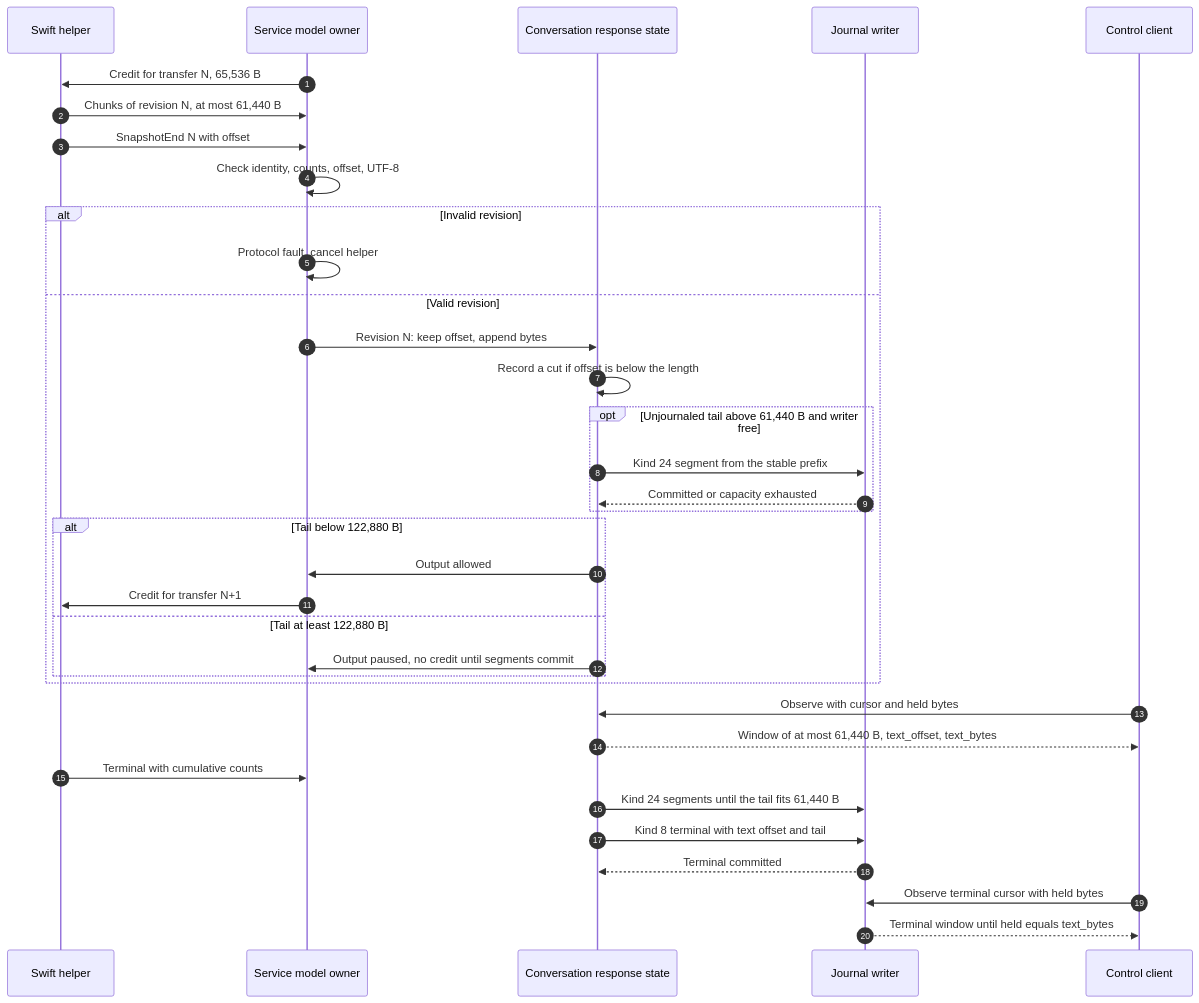
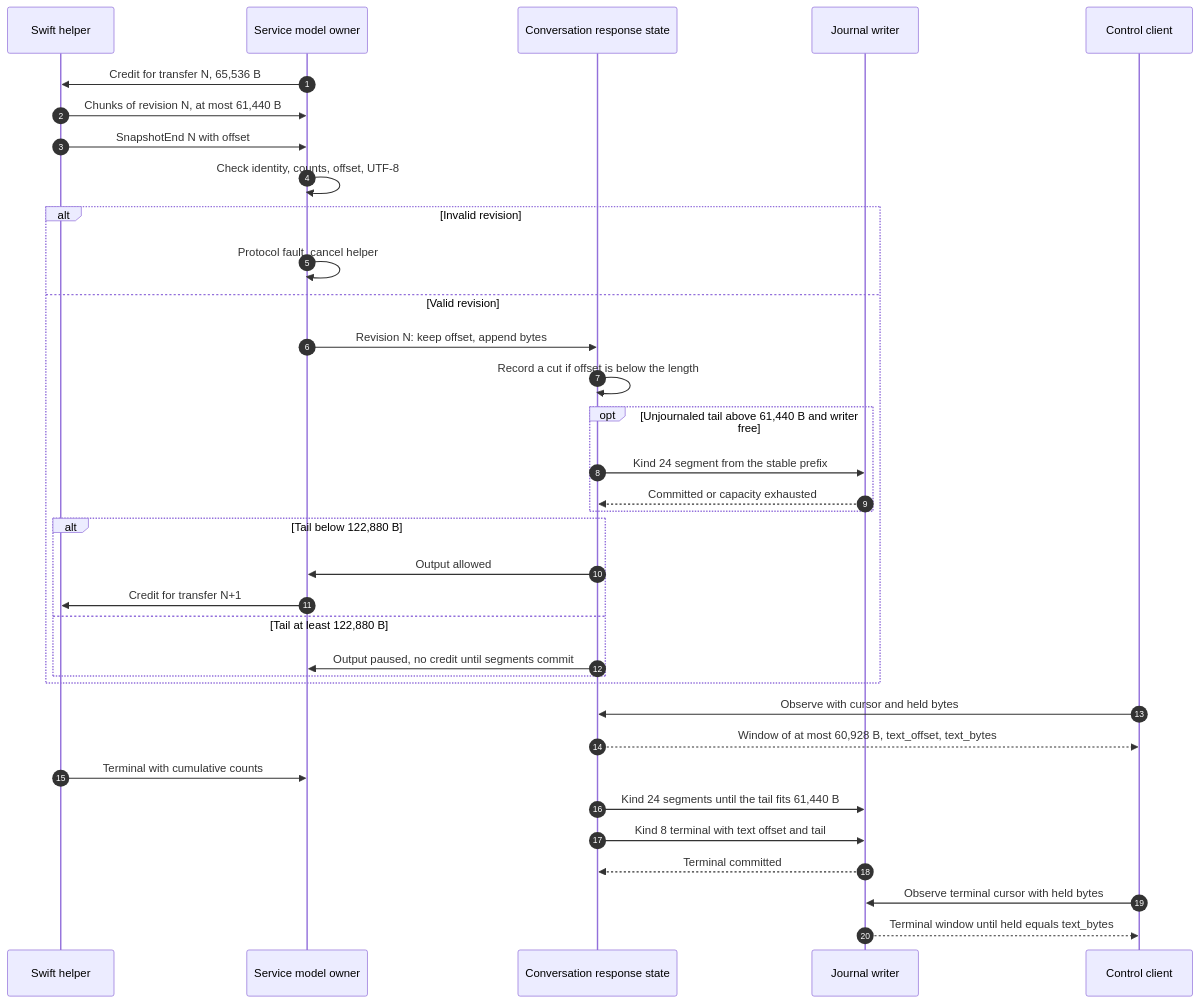
The second of 3 diagrams in docs/designs/response-text-transfer.md (pidster/asura), drawn with Mermaid before and after one commit. The commit also changed other lines of this file and 14 other files, not shown here.

````diff
--- a/docs/designs/response-text-transfer.md
+++ b/docs/designs/response-text-transfer.md
@@ -161,37 +180,37 @@
 ```mermaid
 sequenceDiagram
     autonumber
     participant H as Swift helper
     participant M as Service model owner
     participant R as Conversation response state
     participant W as Journal writer
     participant C as Control client
     M->>H: Credit for transfer N, 65,536 B
     H->>M: Chunks of revision N, at most 61,440 B
     H->>M: SnapshotEnd N with offset
     M->>M: Check identity, counts, offset, UTF-8
     alt Invalid revision
         M->>M: Protocol fault, cancel helper
     else Valid revision
         M->>R: Revision N: keep offset, append bytes
         R->>R: Record a cut if offset is below the length
         opt Unjournaled tail above 61,440 B and writer free
             R->>W: Kind 24 segment from the stable prefix
             W-->>R: Committed or capacity exhausted
         end
         alt Tail below 122,880 B
             R->>M: Output allowed
             M->>H: Credit for transfer N+1
         else Tail at least 122,880 B
             R->>M: Output paused, no credit until segments commit
         end
     end
     C->>R: Observe with cursor and held bytes
-    R-->>C: Window of at most 61,440 B, text_offset, text_bytes
+    R-->>C: Window of at most 60,928 B, text_offset, text_bytes
     H->>M: Terminal with cumulative counts
     R->>W: Kind 24 segments until the tail fits 61,440 B
     R->>W: Kind 8 terminal with text offset and tail
     W-->>R: Terminal committed
     C->>W: Observe terminal cursor with held bytes
     W-->>C: Terminal window until held equals text_bytes
 ```
````
